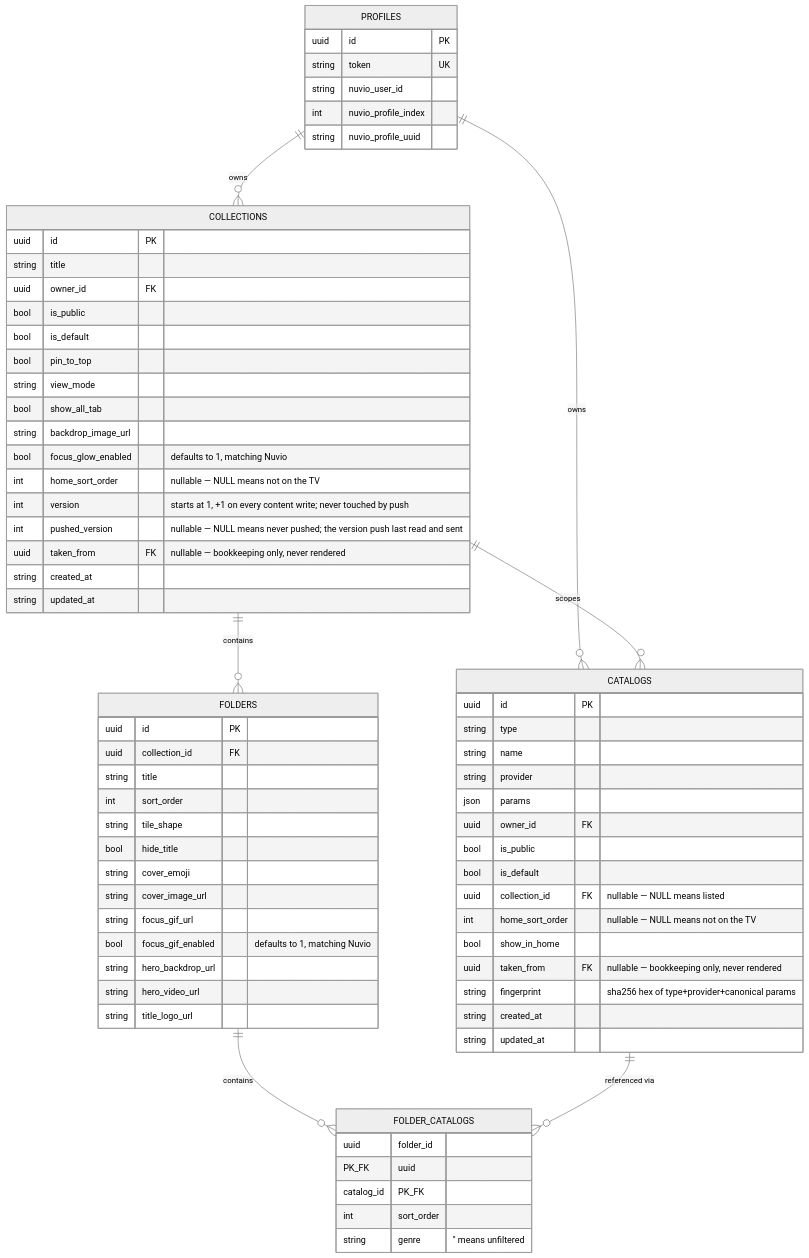
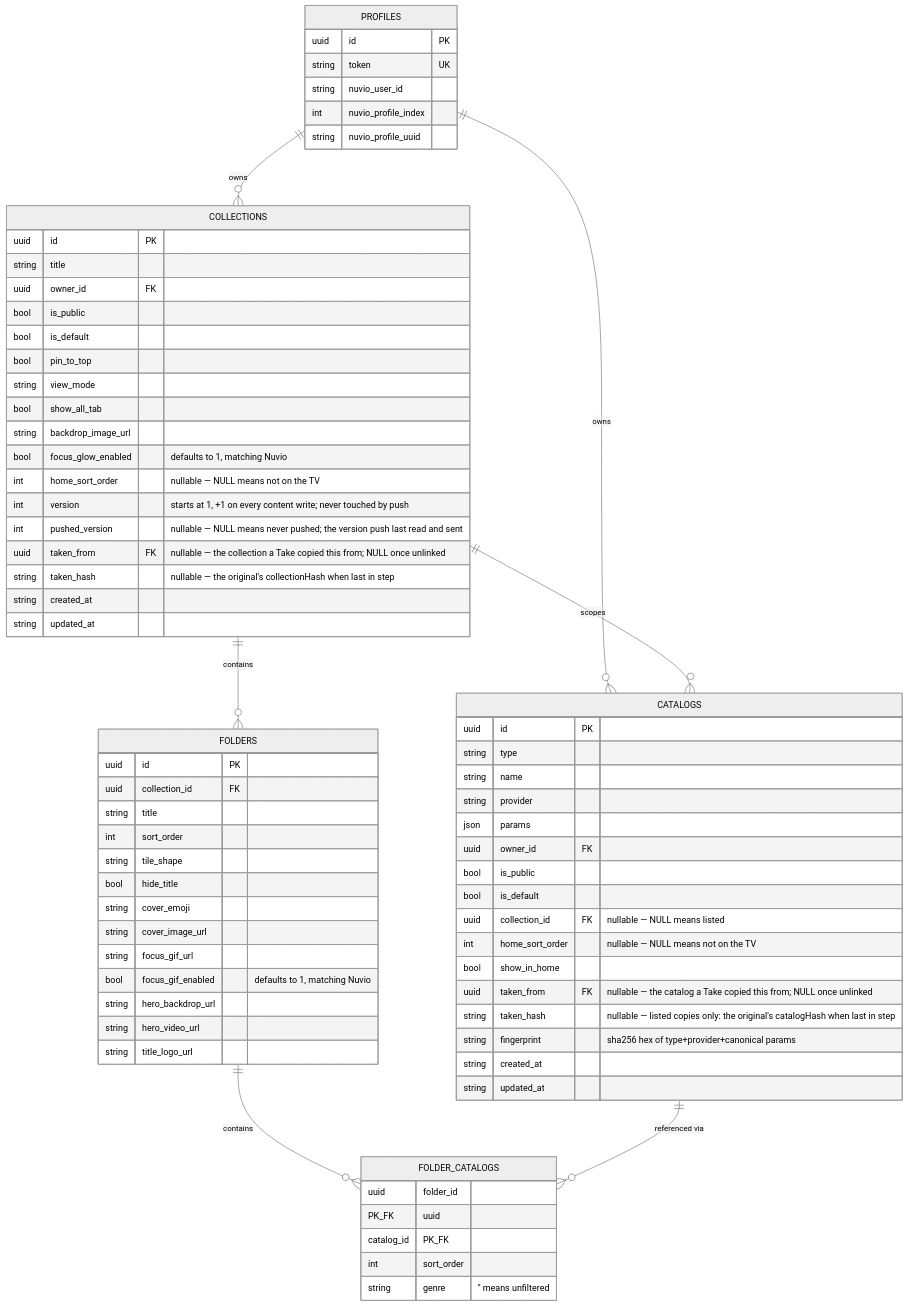
The diagram in docs/data-model.md (hiidz/uno), drawn with Mermaid (neutral theme) before and after one commit. The commit also changed other lines of this file and 21 other files, not shown here.

Commit message:
feat: link taken community copies with Update and Duplicate endpoints

````diff
--- a/docs/data-model.md
+++ b/docs/data-model.md
@@ -11,73 +17,75 @@
 ```mermaid
 erDiagram
   PROFILES ||--o{ CATALOGS : owns
   PROFILES ||--o{ COLLECTIONS : owns
   COLLECTIONS ||--o{ FOLDERS : contains
   COLLECTIONS ||--o{ CATALOGS : scopes
   FOLDERS ||--o{ FOLDER_CATALOGS : contains
   CATALOGS ||--o{ FOLDER_CATALOGS : "referenced via"
 
   PROFILES {
     uuid id PK
     string token UK
     string nuvio_user_id
     int nuvio_profile_index
     string nuvio_profile_uuid
   }
   CATALOGS {
     uuid id PK
     string type
     string name
     string provider
     json params
     uuid owner_id FK
     bool is_public
     bool is_default
     uuid collection_id FK "nullable — NULL means listed"
     int home_sort_order "nullable — NULL means not on the TV"
     bool show_in_home
-    uuid taken_from FK "nullable — bookkeeping only, never rendered"
+    uuid taken_from FK "nullable — the catalog a Take copied this from; NULL once unlinked"
+    string taken_hash "nullable — listed copies only: the original's catalogHash when last in step"
     string fingerprint "sha256 hex of type+provider+canonical params"
     string created_at
     string updated_at
   }
   COLLECTIONS {
     uuid id PK
     string title
     uuid owner_id FK
     bool is_public
     bool is_default
     bool pin_to_top
     string view_mode
     bool show_all_tab
     string backdrop_image_url
     bool focus_glow_enabled "defaults to 1, matching Nuvio"
     int home_sort_order "nullable — NULL means not on the TV"
     int version "starts at 1, +1 on every content write; never touched by push"
     int pushed_version "nullable — NULL means never pushed; the version push last read and sent"
-    uuid taken_from FK "nullable — bookkeeping only, never rendered"
+    uuid taken_from FK "nullable — the collection a Take copied this from; NULL once unlinked"
+    string taken_hash "nullable — the original's collectionHash when last in step"
     string created_at
     string updated_at
   }
   FOLDERS {
     uuid id PK
     uuid collection_id FK
     string title
     int sort_order
     string tile_shape
     bool hide_title
     string cover_emoji
     string cover_image_url
     string focus_gif_url
     bool focus_gif_enabled "defaults to 1, matching Nuvio"
     string hero_backdrop_url
     string hero_video_url
     string title_logo_url
   }
   FOLDER_CATALOGS {
     uuid folder_id PK_FK
     uuid catalog_id PK_FK
     int sort_order
     string genre "'' means unfiltered"
   }
 ```
````
